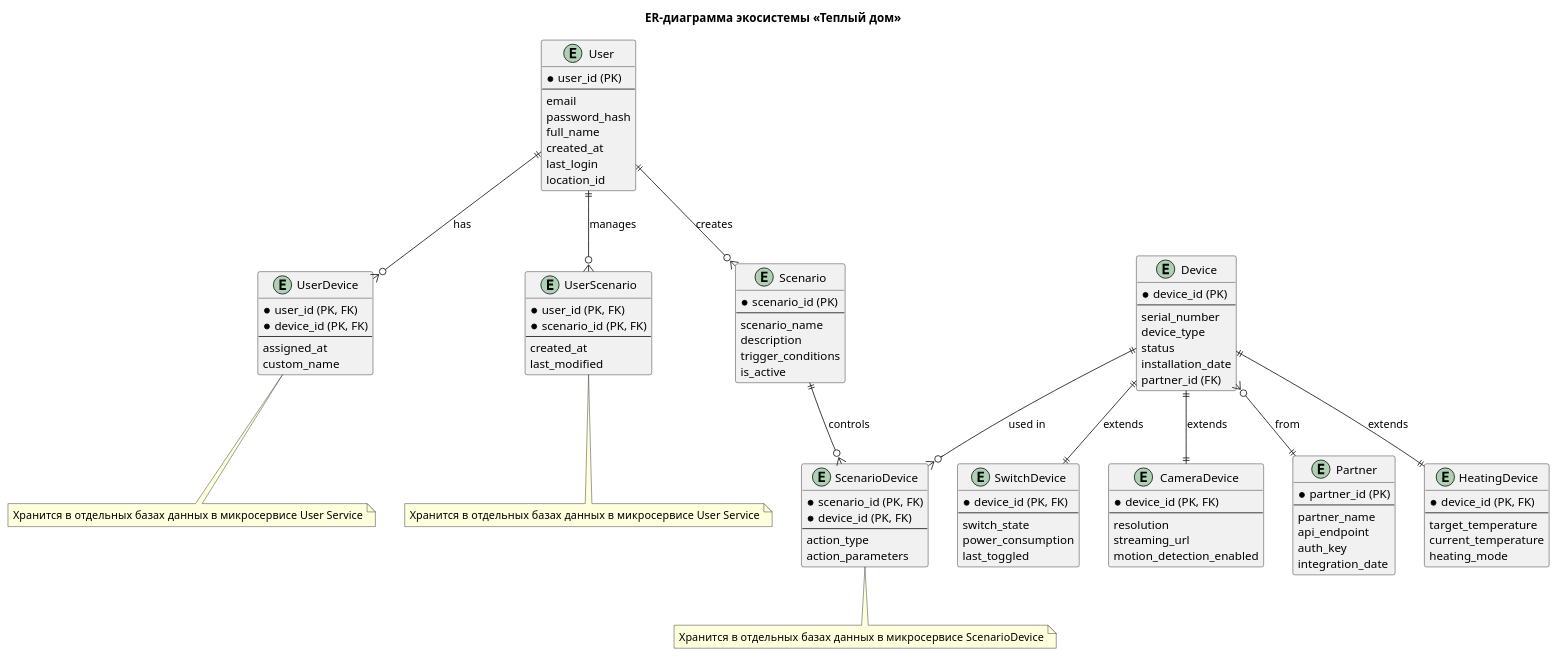
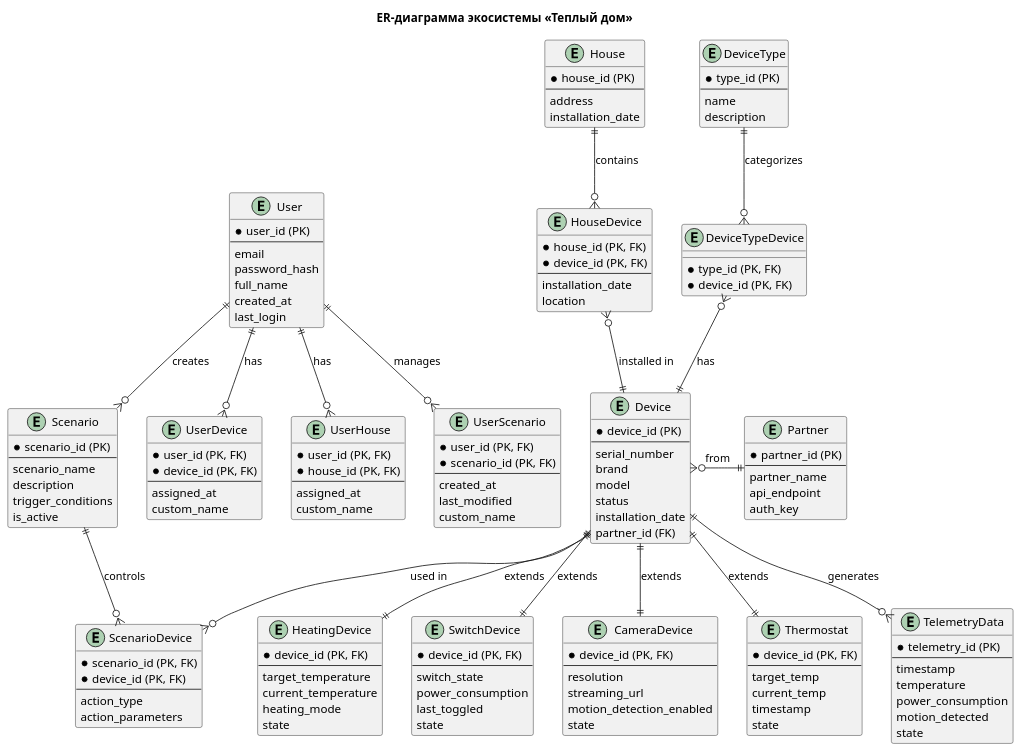
One commit to IvlevGreg/warm-house changed the diagram in apps/smart_home/doc/3_1.puml. Above: the diagram before and after it, drawn with PlantUML.

Commit message:
поправил 3 задание

```diff
--- a/apps/smart_home/doc/3_1.puml
+++ b/apps/smart_home/doc/3_1.puml
@@ -1,116 +1,169 @@
 @startuml
 
 title ER-диаграмма экосистемы «Теплый дом»
-
 
 entity User {
   *user_id (PK)
   --
   email
   password_hash
   full_name
   created_at
   last_login
-  location_id
+}
+
+entity House {
+    *house_id (PK)
+    --
+    address
+    installation_date
 }
 
 entity Device {
   *device_id (PK)
   --
   serial_number
-  device_type
+  brand
+  model
   status
   installation_date
   partner_id (FK)
 }
 
 entity Partner {
   *partner_id (PK)
   --
   partner_name
   api_endpoint
   auth_key
-  integration_date
 }
 
 entity Scenario {
   *scenario_id (PK)
   --
   scenario_name
   description
   trigger_conditions
   is_active
 }
 
 entity UserDevice {
   *user_id (PK, FK)
   *device_id (PK, FK)
   --
   assigned_at
   custom_name
 }
 
+entity DeviceType {
+  *type_id (PK)
+  --
+  name
+  description
+}
+
+entity UserHouse {
+  *user_id (PK, FK)
+  *house_id (PK, FK)
+  --
+  assigned_at
+  custom_name
+}
+
 entity UserScenario {
   *user_id (PK, FK)
   *scenario_id (PK, FK)
   --
   created_at
   last_modified
+  custom_name
+}
+
+entity HouseDevice {
+  *house_id (PK, FK)
+  *device_id (PK, FK)
+  --
+  installation_date
+  location
 }
 
 entity ScenarioDevice {
   *scenario_id (PK, FK)
   *device_id (PK, FK)
   --
   action_type
   action_parameters
 }
 
+entity DeviceTypeDevice {
+  *type_id (PK, FK)
+  *device_id (PK, FK)
+
+}
+
+House ||--o{ HouseDevice : "contains"
+Device ||-up-o{ HouseDevice : "installed in"
 User ||--o{ UserDevice : "has"
+User ||--o{ UserHouse : "has"
 User ||--o{ UserScenario : "manages"
-Device }o--|| Partner : "from"
+Device }o-right-|| Partner : "from"
 User ||--o{ Scenario : "creates"
 Scenario ||--o{ ScenarioDevice : "controls"
 Device ||--o{ ScenarioDevice : "used in"
+Device ||-up-o{ DeviceTypeDevice : "has"
+DeviceType ||--o{ DeviceTypeDevice : "categorizes"
 
 entity HeatingDevice {
   *device_id (PK, FK)
   --
   target_temperature
   current_temperature
   heating_mode
+  state
 }
 
 entity SwitchDevice {
   *device_id (PK, FK)
   --
   switch_state
   power_consumption
   last_toggled
+  state
 }
 
 entity CameraDevice {
   *device_id (PK, FK)
   --
   resolution
   streaming_url
   motion_detection_enabled
+  state
 }
 
 
-note bottom of ScenarioDevice
-  Хранится в отдельных базах данных в микросервисе  ScenarioDevice
-end note
+entity Thermostat {
+  *device_id (PK, FK)
+  --
+  target_temp
+  current_temp
+  timestamp
+  state
+}
 
-note bottom of UserDevice
-  Хранится в отдельных базах данных в микросервисе  User Service
-end note
+entity TelemetryData {
+  *telemetry_id (PK)
+  --
+  timestamp
+  temperature
+  power_consumption
+  motion_detected
+  state
+}
 
-note bottom of UserScenario
-  Хранится в отдельных базах данных в микросервисе  User Service
-end note
-
+Device ||--|| Thermostat : extends
 Device ||--|| HeatingDevice : extends
 Device ||--|| SwitchDevice : extends
 Device ||--|| CameraDevice : extends
+Device ||--o{ TelemetryData : "generates"
+
 @enduml
```
